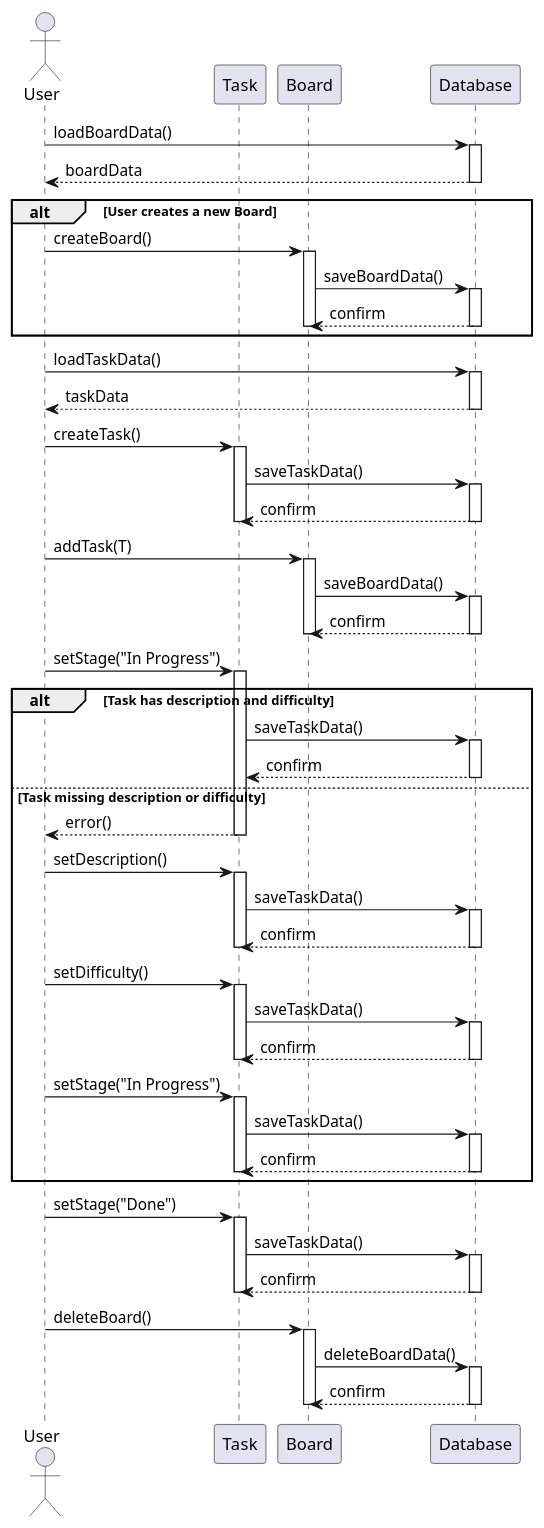
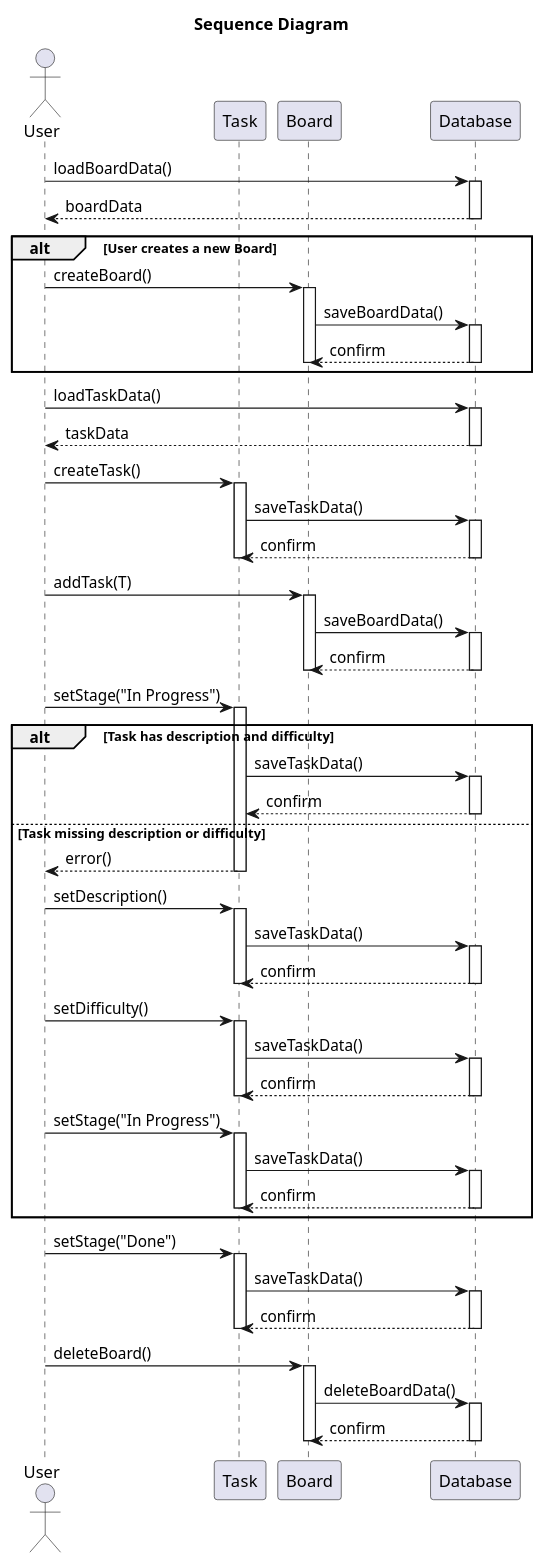
Before and after one commit to travisformayor/cli_kanban: the diagram in diagrams/sequenceDiagram.puml, drawn with PlantUML. The commit also changed 7 other files, not shown here.

Commit message:
diagram updates

```diff
--- a/diagrams/sequenceDiagram.puml
+++ b/diagrams/sequenceDiagram.puml
@@ -1,94 +1,96 @@
 @startuml sequenceDiagram
+
+title Sequence Diagram
 
 actor User
 participant "Task" as T
 participant "Board" as B
 participant "Database" as DB
 
 User -> DB: loadBoardData()
 activate DB
 DB --> User: boardData
 deactivate DB
 
 alt User creates a new Board
   User -> B: createBoard()
   activate B
   B -> DB: saveBoardData()
   activate DB
   DB --> B: confirm
   deactivate DB
   deactivate B
 end
 
 User -> DB: loadTaskData()
 activate DB
 DB --> User: taskData
 deactivate DB
 
 User -> T: createTask()
 activate T
 T -> DB: saveTaskData()
 activate DB
 DB --> T: confirm
 deactivate DB
 deactivate T
 
 User -> B: addTask(T)
 activate B
 B -> DB: saveBoardData()
 activate DB
 DB --> B: confirm
 deactivate DB
 deactivate B
 
 'change to In Progress
 User -> T: setStage("In Progress")
 activate T
 alt Task has description and difficulty
   T -> DB: saveTaskData()
   activate DB
   DB --> T: confirm
   deactivate DB
 else Task missing description or difficulty
   T --> User: error() 
   deactivate T
   User -> T: setDescription()
   activate T
   T -> DB: saveTaskData()
   activate DB
   DB --> T: confirm
   deactivate DB
   deactivate T
   User -> T: setDifficulty()
   activate T
   T -> DB: saveTaskData()
   activate DB
   DB --> T: confirm
   deactivate DB
   deactivate T
   User -> T: setStage("In Progress")
   activate T
   T -> DB: saveTaskData()
   activate DB
   DB --> T: confirm
   deactivate DB
   deactivate T
 end
 
 User -> T: setStage("Done")
 activate T
 T -> DB: saveTaskData()
 activate DB
 DB --> T: confirm
 deactivate DB
 deactivate T
 
 User -> B: deleteBoard()
 activate B
 B -> DB: deleteBoardData()
 activate DB
 DB --> B: confirm
 deactivate DB
 deactivate B
 
 @enduml
```
